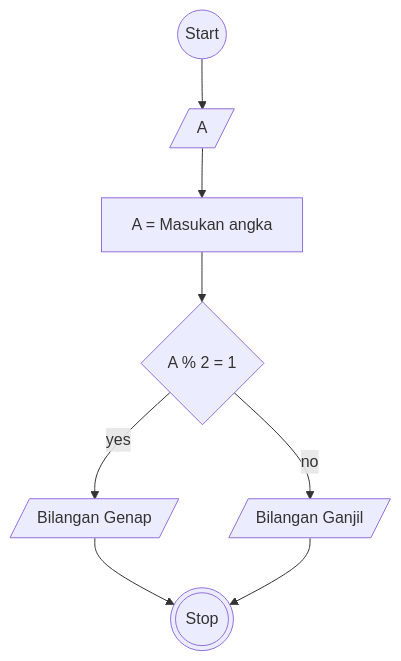
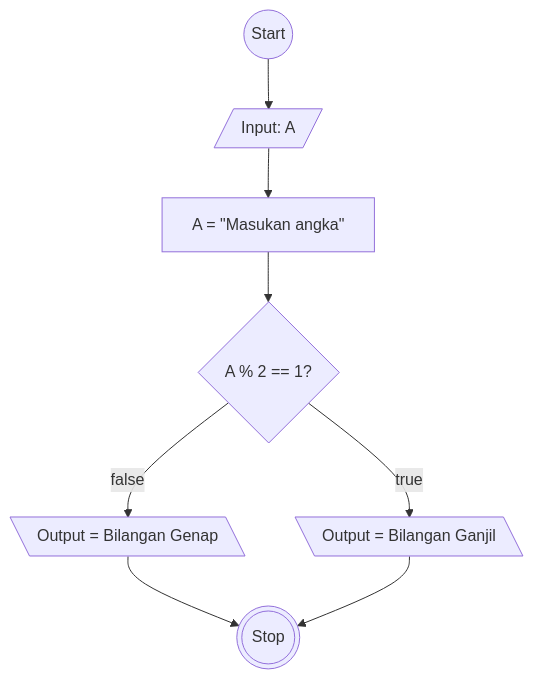
Before and after one commit to Vincentius31/koda-b6-algoritma: the diagram in flowchart-ganjil-genap.md, drawn with Mermaid.

````diff
--- a/flowchart-ganjil-genap.md
+++ b/flowchart-ganjil-genap.md
@@ -1,15 +1,15 @@
 ```mermaid
 flowchart TD
     id1((Start))
-    id2[/"A"/]
-    id3["A = Masukan angka"]
-    id4{A % 2 = 1}
-    id5[/Bilangan Genap/]
-    id6[/Bilangan Ganjil/]
+    id2[/"Input: A"/]
+    id3["A = #quot;Masukan angka#quot;"]
+    id4{A % 2 == 1?}
+    id5[\Output = Bilangan Genap\]
+    id6[\Output = Bilangan Ganjil\]
     id7(((Stop)))
 
 
-    id1 --> id2 --> id3 --> id4 -- yes --> id5
-    id4 -- no --> id6
+    id1 --> id2 --> id3 --> id4 -- false --> id5
+    id4 -- true --> id6
     id5 & id6 --> id7
 ```
````
